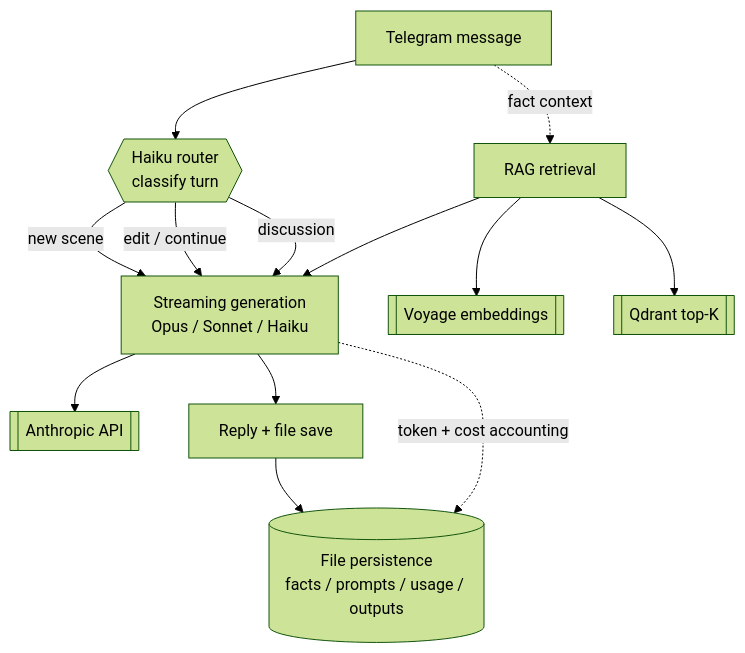
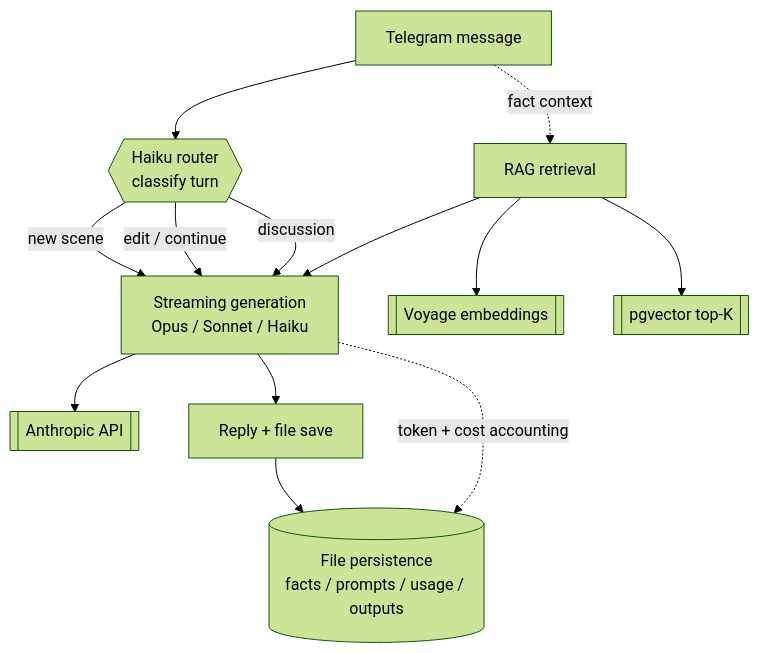
The diagram in docs/ARCHITECTURE.md (dontkaiad/klgpff-bot), drawn with Mermaid (forest theme) before and after one commit. The commit also changed other lines of this file and 6 other files, not shown here.

Commit message:
feat(rag): move fact retrieval from Qdrant to pgvector

````diff
--- a/docs/ARCHITECTURE.md
+++ b/docs/ARCHITECTURE.md
@@ -153,15 +157,15 @@
 ```mermaid
 flowchart TD
     U[Telegram message] --> R{{Haiku router<br/>classify turn}}
     R -->|new scene| GEN
     R -->|edit / continue| GEN
     R -->|discussion| GEN
     U -.fact context.-> RAG[RAG retrieval]
     RAG --> VO[[Voyage embeddings]]
-    RAG --> QD[[Qdrant top-K]]
+    RAG --> QD[[pgvector top-K]]
     RAG --> GEN[Streaming generation<br/>Opus / Sonnet / Haiku]
     GEN --> AN[[Anthropic API]]
     GEN --> OUT[Reply + file save]
     OUT --> FS[(File persistence<br/>facts / prompts / usage / outputs)]
     GEN -.token + cost accounting.-> FS
 ```
````
